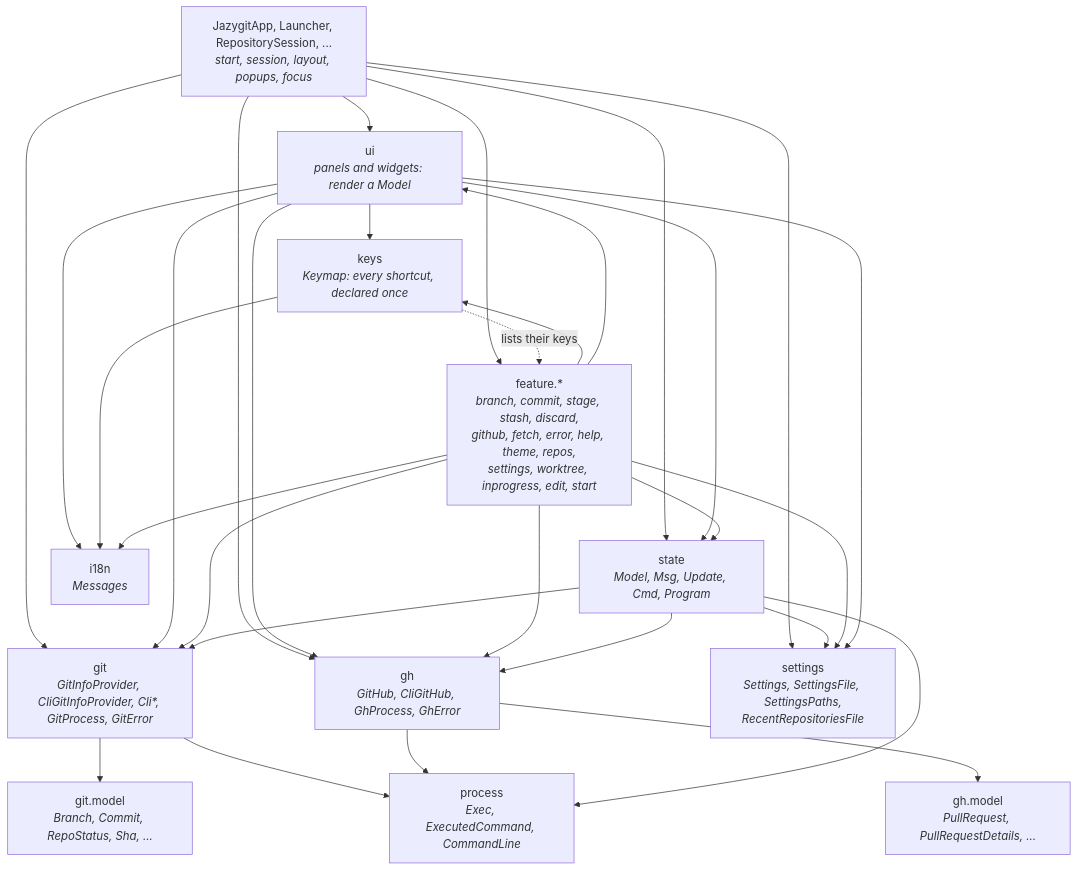
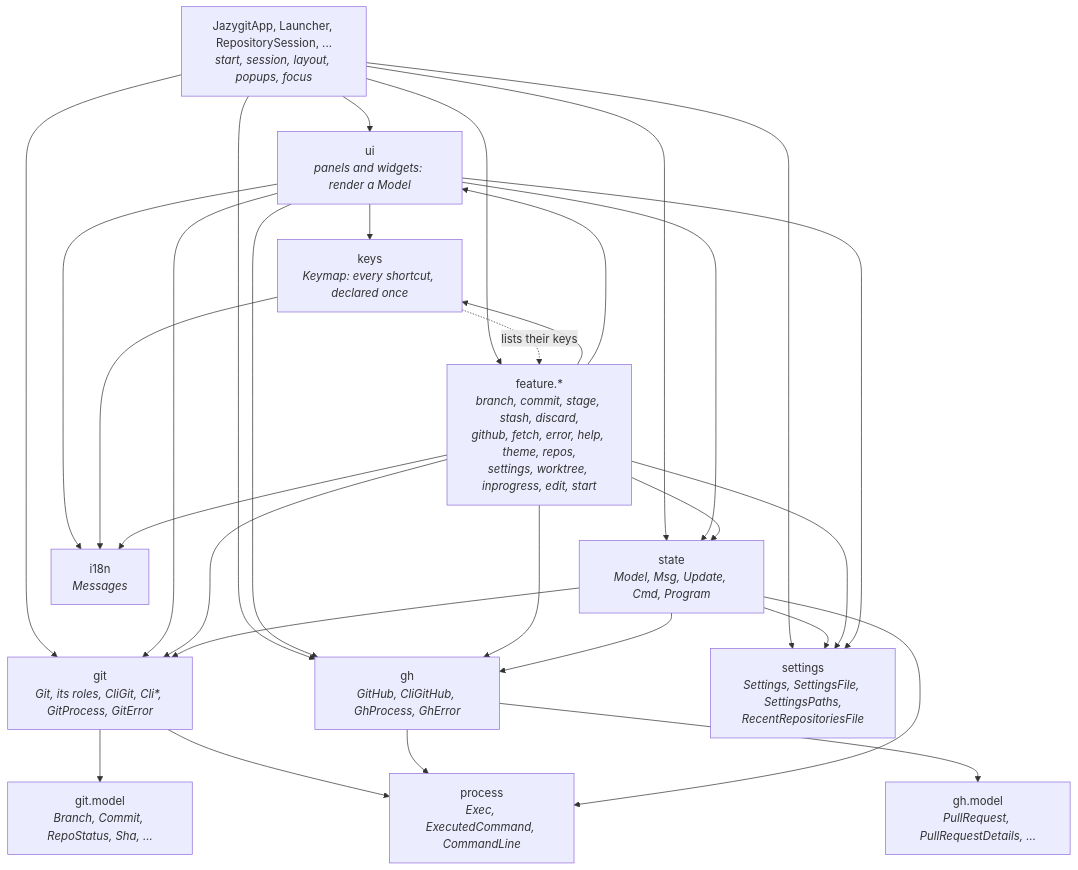
The first of 7 diagrams in ARCHITECTURE.md (cvanfleteren/jazygit), drawn with Mermaid before and after one commit. The commit also changed other lines of this file and 117 other files, not shown here.

First line of the commit message:
Git is a record of its roles: Git, CliGit, StubGit (#294, 1a, 13/13)

````diff
--- a/ARCHITECTURE.md
+++ b/ARCHITECTURE.md
@@ -46,45 +46,45 @@
 ```mermaid
 graph TD
     App["JazygitApp, Launcher, RepositorySession, ...<br/><i>start, session, layout, popups, focus</i>"]
     UI["ui<br/><i>panels and widgets: render a Model</i>"]
     Keys["keys<br/><i>Keymap: every shortcut, declared once</i>"]
     Feature["feature.*<br/><i>branch, commit, stage, stash, discard,<br/>github, fetch, error, help, theme, repos,<br/>settings, worktree, inprogress, edit, start</i>"]
     State["state<br/><i>Model, Msg, Update, Cmd, Program</i>"]
-    Git["git<br/><i>GitInfoProvider, CliGitInfoProvider, Cli*, GitProcess, GitError</i>"]
+    Git["git<br/><i>Git, its roles, CliGit, Cli*, GitProcess, GitError</i>"]
     GitModel["git.model<br/><i>Branch, Commit, RepoStatus, Sha, ...</i>"]
     Gh["gh<br/><i>GitHub, CliGitHub, GhProcess, GhError</i>"]
     GhModel["gh.model<br/><i>PullRequest, PullRequestDetails, ...</i>"]
     Process["process<br/><i>Exec, ExecutedCommand, CommandLine</i>"]
     I18n["i18n<br/><i>Messages</i>"]
     Settings["settings<br/><i>Settings, SettingsFile, SettingsPaths,<br/>RecentRepositoriesFile</i>"]
 
     App --> UI
     App --> State
     App --> Feature
     App --> Git
     App --> Gh
     UI --> Keys
     UI --> State
     UI --> Git
     UI --> Gh
     Keys -. "lists their keys" .-> Feature
     Feature --> Keys
     Feature --> UI
     Feature --> State
     Feature --> Git
     State --> Git
     Git --> GitModel
     Feature --> Gh
     State --> Gh
     Gh --> GhModel
     Git --> Process
     Gh --> Process
     State --> Process
     UI --> I18n
     App --> Settings
     State --> Settings
     Feature --> Settings
     UI --> Settings
     Keys --> I18n
     Feature --> I18n
 ```
````
